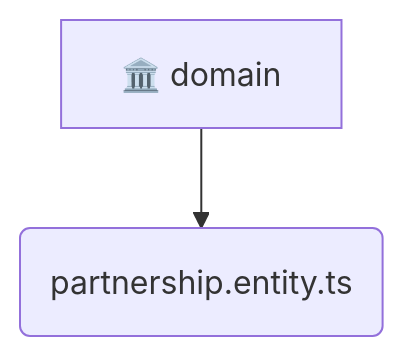
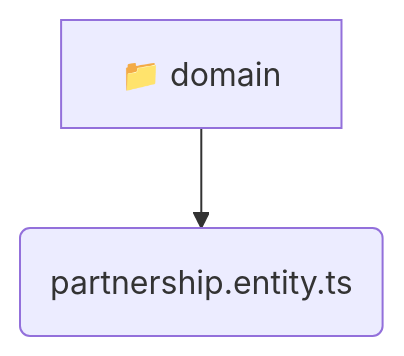
Before and after one commit to beginwebdev2002/fullstack-mavluda: the diagram in backend/src/modules/partnership/domain/README.md, drawn with Mermaid. The commit also changed other lines of this file and 155 other files, not shown here.

````diff
--- a/backend/src/modules/partnership/domain/README.md
+++ b/backend/src/modules/partnership/domain/README.md
@@ -9,5 +9,5 @@
 ```mermaid
 graph TD
-  domain[🏛️ domain]
-  domain --> partnership_entity_ts(partnership.entity.ts)
+  domain[📁 domain]
+  domain --> domain_partnership_entity_ts(partnership.entity.ts)
 ```
````
